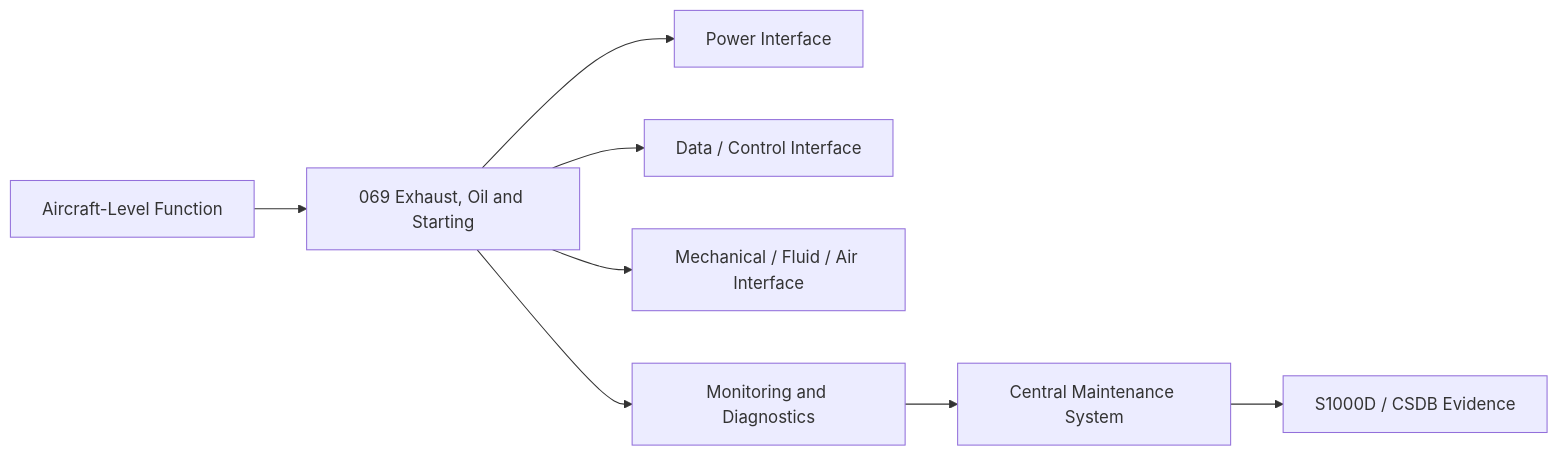
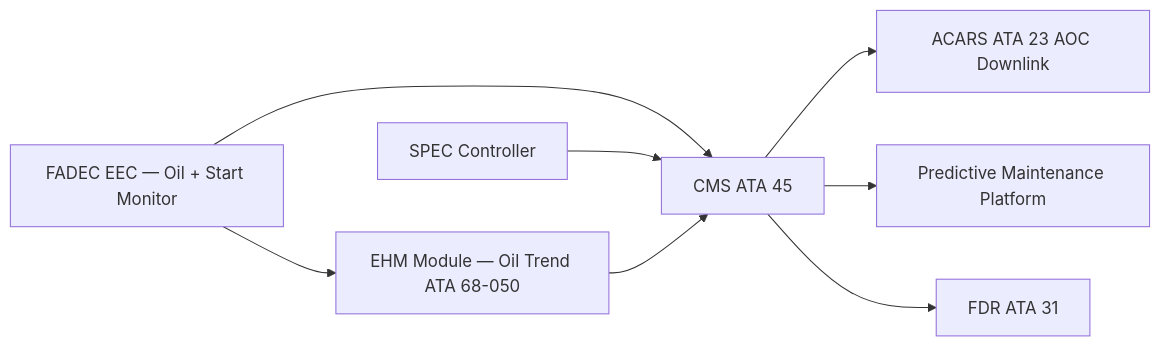
One commit to AmedeoPelliccia/Qplus-For-All-Queer-People-and-Quantum changed the diagram in Q+ATLANTIDE/000-099_ATLAS/060-069_Propulsion-Tradicional/069_Exhaust-Oil-and-Starting/069-080-Exhaust-Oil-Starting-Monitoring-Diagnostics-and-Control-Interfaces.md. Above: the diagram before and after it, drawn with Mermaid. The commit also changed other lines of this file and 19 other files, not shown here.

First line of the commit message:
docs: rewrite 068_Engine-Indicating and 069_Exhaust-Oil-Starting — 20 files contextualized for AMPEL360E eWTW

````diff
--- a/Q+ATLANTIDE/000-099_ATLAS/060-069_Propulsion-Tradicional/069_Exhaust-Oil-and-Starting/069-080-Exhaust-Oil-Starting-Monitoring-Diagnostics-and-Control-Interfaces.md
+++ b/Q+ATLANTIDE/000-099_ATLAS/060-069_Propulsion-Tradicional/069_Exhaust-Oil-and-Starting/069-080-Exhaust-Oil-Starting-Monitoring-Diagnostics-and-Control-Interfaces.md
@@ -153,10 +76,10 @@
 ```mermaid
 flowchart LR
-    A[Aircraft-Level Function] --> B[069 Exhaust, Oil and Starting]
-    B --> C[Power Interface]
-    B --> D[Data / Control Interface]
-    B --> E[Mechanical / Fluid / Air Interface]
-    B --> F[Monitoring and Diagnostics]
-    F --> G[Central Maintenance System]
-    G --> H[S1000D / CSDB Evidence]
+    FADEC[FADEC EEC — Oil + Start Monitor] --> CMS[CMS ATA 45]
+    SPEC[SPEC Controller] --> CMS
+    CMS --> ACARS[ACARS ATA 23 AOC Downlink]
+    CMS --> PDCMS[Predictive Maintenance Platform]
+    FADEC --> EHM[EHM Module — Oil Trend ATA 68-050]
+    EHM --> CMS
+    CMS --> FDR[FDR ATA 31]
 ```
````
